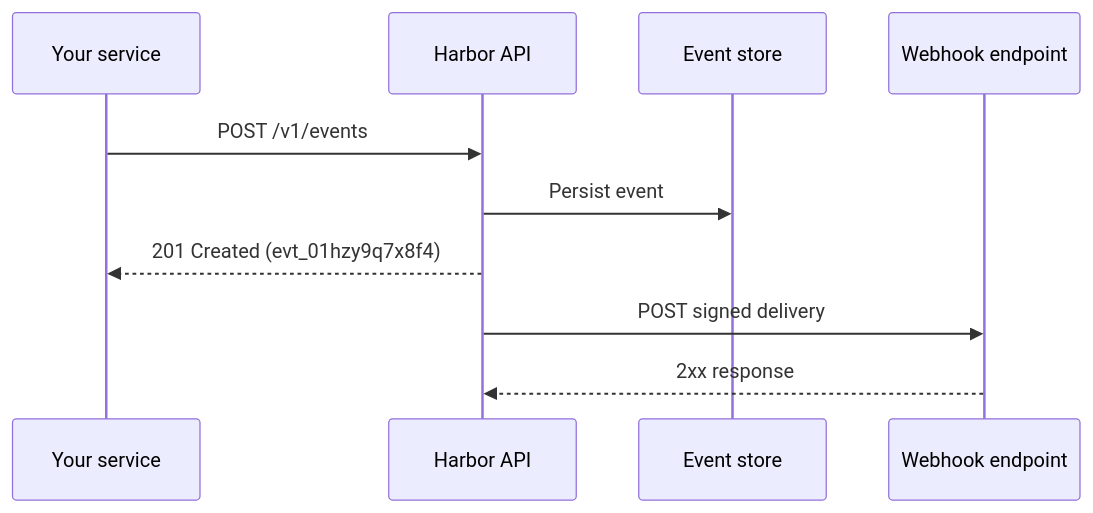
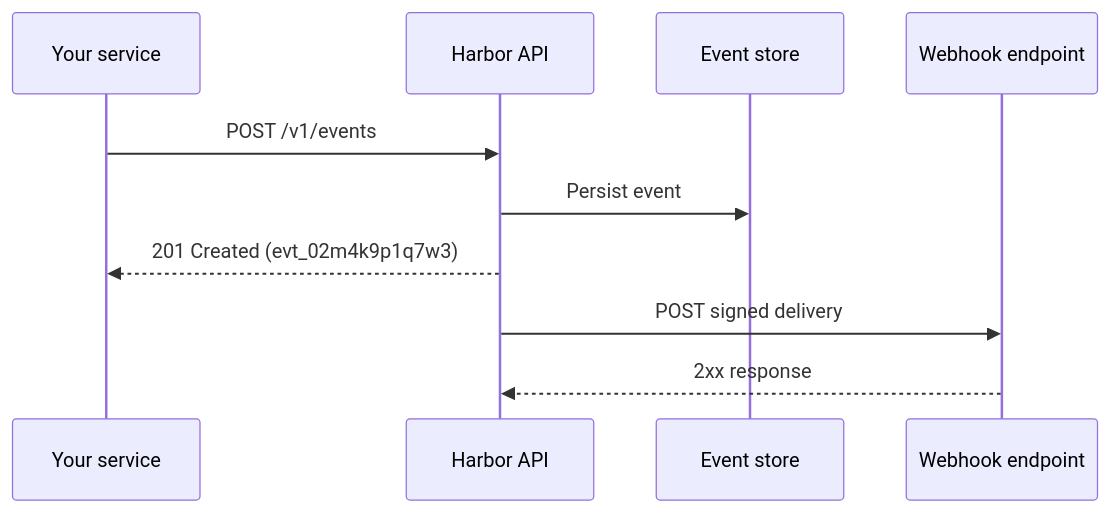
One commit to Nishantjain10/harbor-sdk-docs changed the diagram in docs/concepts/event-lifecycle.md. Above: the diagram before and after it, drawn with Mermaid. The commit also changed other lines of this file and 7 other files, not shown here.

````diff
--- a/docs/concepts/event-lifecycle.md
+++ b/docs/concepts/event-lifecycle.md
@@ -12,13 +14,13 @@
 ```mermaid
 sequenceDiagram
     participant Service as Your service
     participant Harbor as Harbor API
     participant Store as Event store
     participant Hook as Webhook endpoint
 
     Service->>Harbor: POST /v1/events
     Harbor->>Store: Persist event
-    Harbor-->>Service: 201 Created (evt_01hzy9q7x8f4)
+    Harbor-->>Service: 201 Created (evt_02m4k9p1q7w3)
     Harbor->>Hook: POST signed delivery
     Hook-->>Harbor: 2xx response
 ```
````
